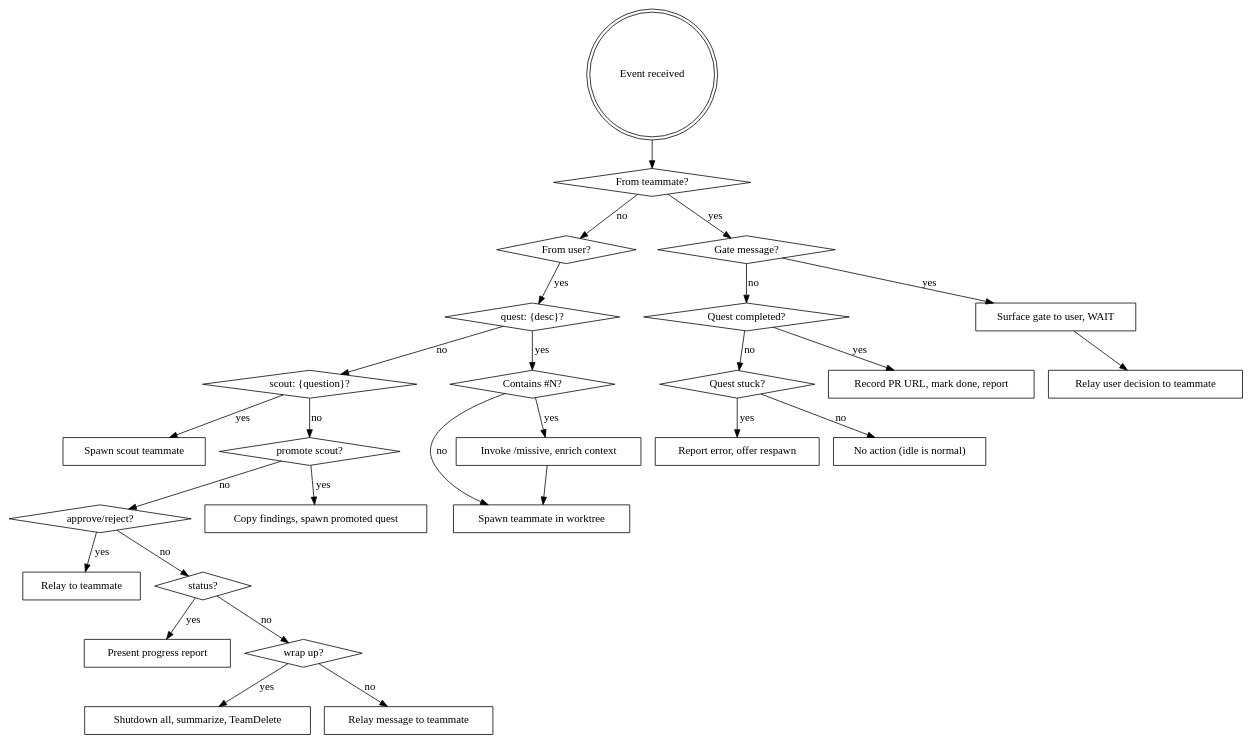
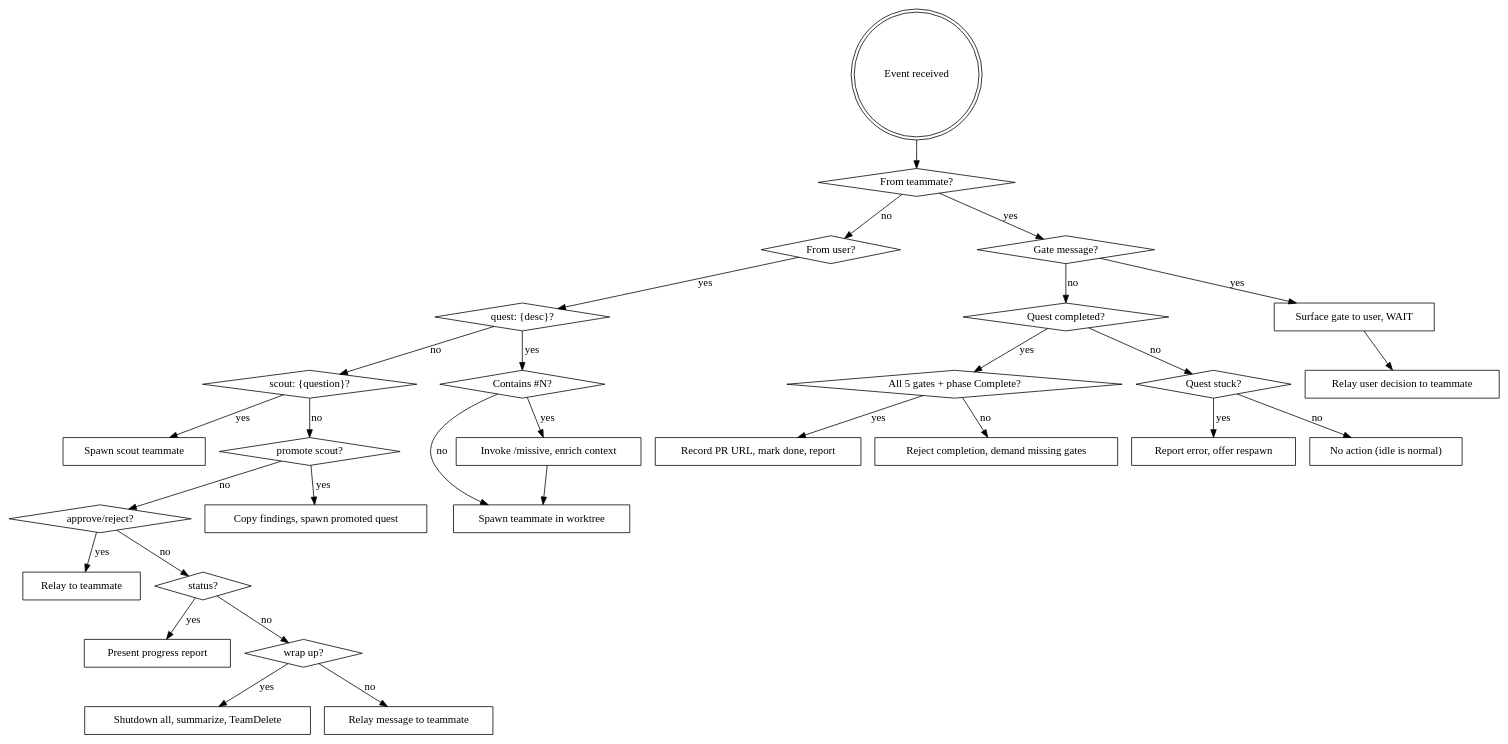
Before and after one commit to justinjdev/fellowship: the diagram in plugin/skills/fellowship/resources/lead-behavior.md, drawn with Graphviz. The commit also changed 6 other files, not shown here.

````diff
--- a/plugin/skills/fellowship/resources/lead-behavior.md
+++ b/plugin/skills/fellowship/resources/lead-behavior.md
@@ -3,59 +3,63 @@
 ```dot
 digraph gandalf {
     "Event received" [shape=doublecircle];
     "From teammate?" [shape=diamond];
     "From user?" [shape=diamond];
     "Gate message?" [shape=diamond];
     "Quest completed?" [shape=diamond];
+    "All 5 gates + phase Complete?" [shape=diamond];
     "Quest stuck?" [shape=diamond];
     "Surface gate to user, WAIT" [shape=box];
     "Relay user decision to teammate" [shape=box];
     "Record PR URL, mark done, report" [shape=box];
+    "Reject completion, demand missing gates" [shape=box];
     "Report error, offer respawn" [shape=box];
     "No action (idle is normal)" [shape=box];
     "quest: {desc}?" [shape=diamond];
     "Spawn teammate in worktree" [shape=box];
     "scout: {question}?" [shape=diamond];
     "Spawn scout teammate" [shape=box];
     "approve/reject?" [shape=diamond];
     "Relay to teammate" [shape=box];
     "status?" [shape=diamond];
     "Present progress report" [shape=box];
     "wrap up?" [shape=diamond];
     "Shutdown all, summarize, TeamDelete" [shape=box];
     "Relay message to teammate" [shape=box];
 
     "Event received" -> "From teammate?";
     "From teammate?" -> "Gate message?" [label="yes"];
     "From teammate?" -> "From user?" [label="no"];
     "Gate message?" -> "Surface gate to user, WAIT" [label="yes"];
     "Surface gate to user, WAIT" -> "Relay user decision to teammate";
     "Gate message?" -> "Quest completed?" [label="no"];
-    "Quest completed?" -> "Record PR URL, mark done, report" [label="yes"];
+    "Quest completed?" -> "All 5 gates + phase Complete?" [label="yes"];
+    "All 5 gates + phase Complete?" -> "Record PR URL, mark done, report" [label="yes"];
+    "All 5 gates + phase Complete?" -> "Reject completion, demand missing gates" [label="no"];
     "Quest completed?" -> "Quest stuck?" [label="no"];
     "Quest stuck?" -> "Report error, offer respawn" [label="yes"];
     "Quest stuck?" -> "No action (idle is normal)" [label="no"];
     "From user?" -> "quest: {desc}?" [label="yes"];
     "Contains #N?" [shape=diamond];
     "Invoke /missive, enrich context" [shape=box];
 
     "quest: {desc}?" -> "Contains #N?" [label="yes"];
     "Contains #N?" -> "Invoke /missive, enrich context" [label="yes"];
     "Invoke /missive, enrich context" -> "Spawn teammate in worktree";
     "Contains #N?" -> "Spawn teammate in worktree" [label="no"];
     "quest: {desc}?" -> "scout: {question}?" [label="no"];
     "scout: {question}?" -> "Spawn scout teammate" [label="yes"];
     "promote scout?" [shape=diamond];
     "Copy findings, spawn promoted quest" [shape=box];
 
     "scout: {question}?" -> "promote scout?" [label="no"];
     "promote scout?" -> "Copy findings, spawn promoted quest" [label="yes"];
     "promote scout?" -> "approve/reject?" [label="no"];
     "approve/reject?" -> "Relay to teammate" [label="yes"];
     "approve/reject?" -> "status?" [label="no"];
     "status?" -> "Present progress report" [label="yes"];
     "status?" -> "wrap up?" [label="no"];
     "wrap up?" -> "Shutdown all, summarize, TeamDelete" [label="yes"];
     "wrap up?" -> "Relay message to teammate" [label="no"];
 }
 ```
````
